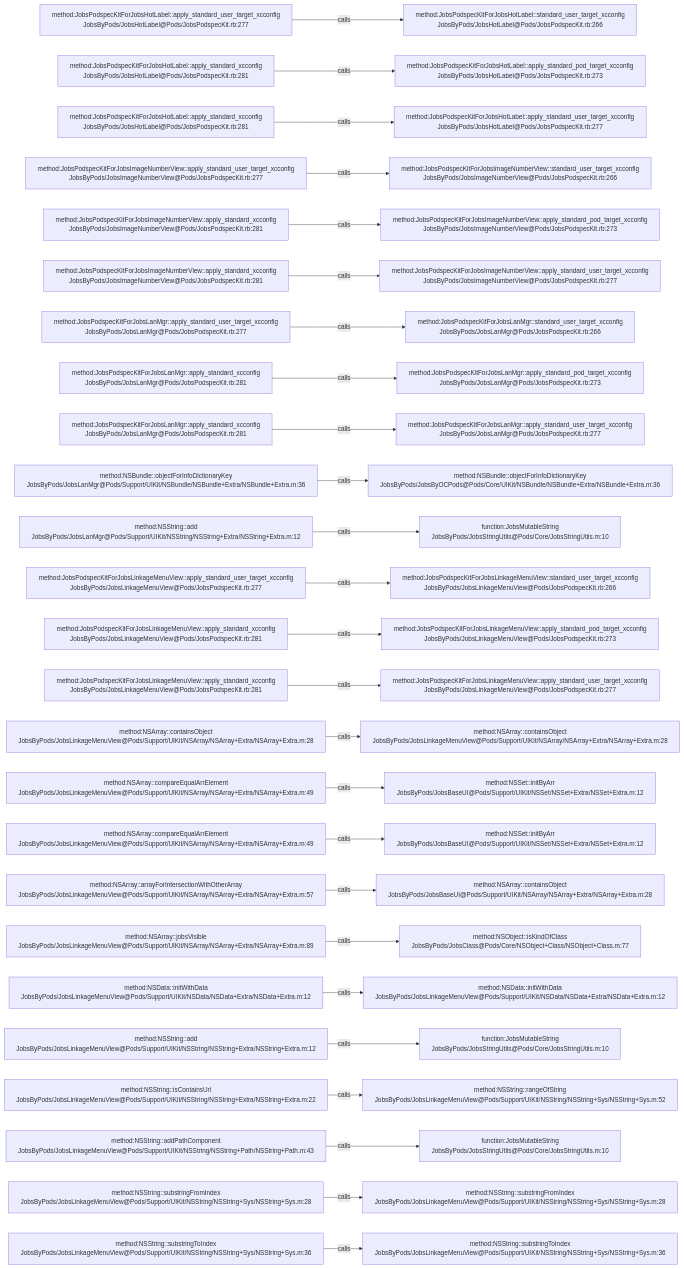
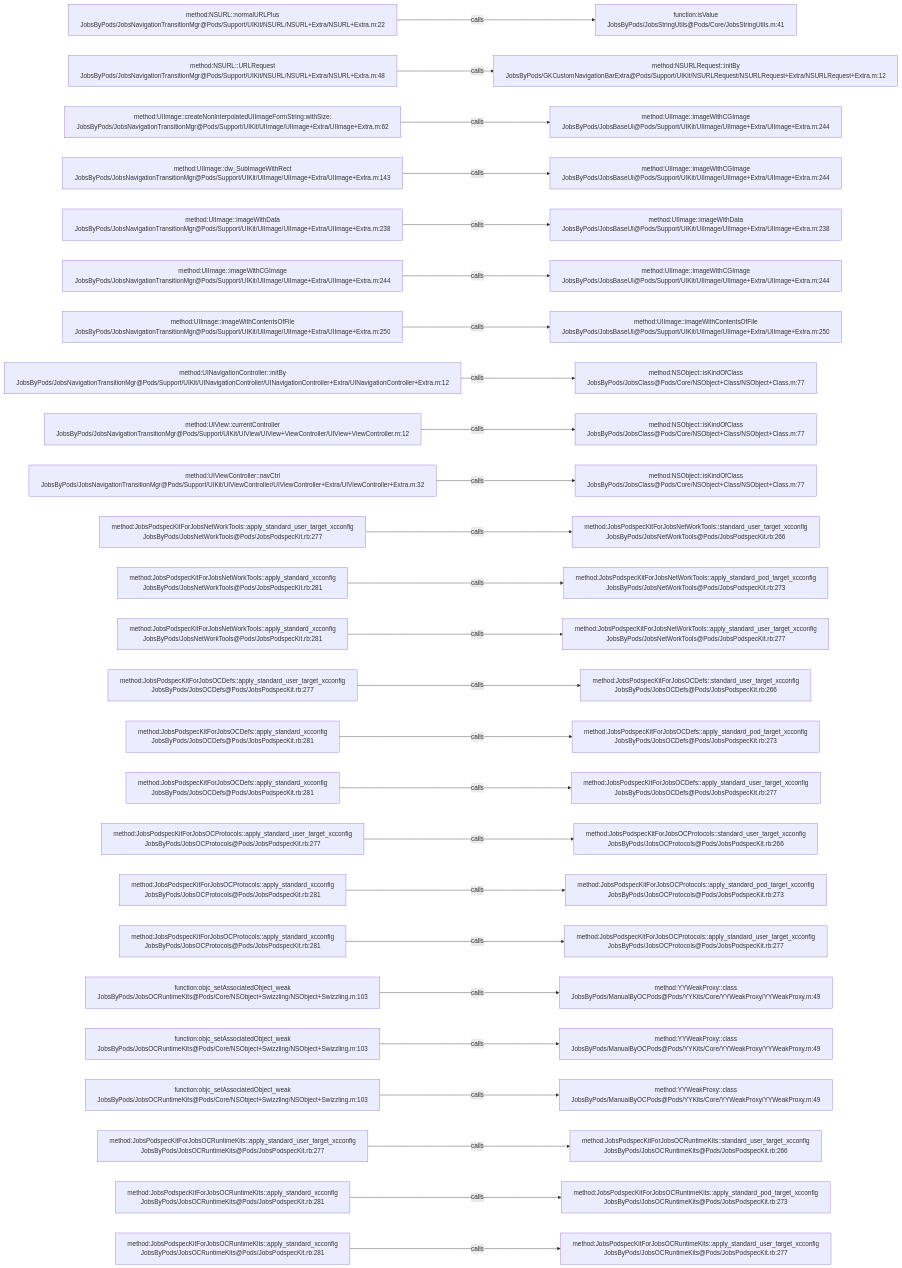
The diagram in .codegraph/codegraph.md/graphs/calls-013.md (JobsKits/JobsOCBaseConfigDemo), drawn with Mermaid before and after one commit. The commit also changed 1223 other files, not shown here.

````diff
--- a/.codegraph/codegraph.md/graphs/calls-013.md
+++ b/.codegraph/codegraph.md/graphs/calls-013.md
@@ -13,78 +13,78 @@
 ```mermaid
 flowchart LR
-  S1["method:JobsPodspecKitForJobsHotLabel::apply_standard_user_target_xcconfig<br/>JobsByPods/JobsHotLabel@Pods/JobsPodspecKit.rb:277"]
-  T1["method:JobsPodspecKitForJobsHotLabel::standard_user_target_xcconfig<br/>JobsByPods/JobsHotLabel@Pods/JobsPodspecKit.rb:266"]
+  S1["method:NSURL::normalURLPlus<br/>JobsByPods/JobsNavigationTransitionMgr@Pods/Support/UIKit/NSURL/NSURL+Extra/NSURL+Extra.m:22"]
+  T1["function:isValue<br/>JobsByPods/JobsStringUtils@Pods/Core/JobsStringUtils.m:41"]
   S1 -->|calls| T1
-  S2["method:JobsPodspecKitForJobsHotLabel::apply_standard_xcconfig<br/>JobsByPods/JobsHotLabel@Pods/JobsPodspecKit.rb:281"]
-  T2["method:JobsPodspecKitForJobsHotLabel::apply_standard_pod_target_xcconfig<br/>JobsByPods/JobsHotLabel@Pods/JobsPodspecKit.rb:273"]
+  S2["method:NSURL::URLRequest<br/>JobsByPods/JobsNavigationTransitionMgr@Pods/Support/UIKit/NSURL/NSURL+Extra/NSURL+Extra.m:48"]
+  T2["method:NSURLRequest::initBy<br/>JobsByPods/GKCustomNavigationBarExtra@Pods/Support/UIKit/NSURLRequest/NSURLRequest+Extra/NSURLRequest+Extra.m:12"]
   S2 -->|calls| T2
-  S3["method:JobsPodspecKitForJobsHotLabel::apply_standard_xcconfig<br/>JobsByPods/JobsHotLabel@Pods/JobsPodspecKit.rb:281"]
-  T3["method:JobsPodspecKitForJobsHotLabel::apply_standard_user_target_xcconfig<br/>JobsByPods/JobsHotLabel@Pods/JobsPodspecKit.rb:277"]
+  S3["method:UIImage::createNonInterpolatedUIImageFormString:withSize:<br/>JobsByPods/JobsNavigationTransitionMgr@Pods/Support/UIKit/UIImage/UIImage+Extra/UIImage+Extra.m:62"]
+  T3["method:UIImage::imageWithCGImage<br/>JobsByPods/JobsBaseUI@Pods/Support/UIKit/UIImage/UIImage+Extra/UIImage+Extra.m:244"]
   S3 -->|calls| T3
-  S4["method:JobsPodspecKitForJobsImageNumberView::apply_standard_user_target_xcconfig<br/>JobsByPods/JobsImageNumberView@Pods/JobsPodspecKit.rb:277"]
-  T4["method:JobsPodspecKitForJobsImageNumberView::standard_user_target_xcconfig<br/>JobsByPods/JobsImageNumberView@Pods/JobsPodspecKit.rb:266"]
+  S4["method:UIImage::dw_SubImageWithRect<br/>JobsByPods/JobsNavigationTransitionMgr@Pods/Support/UIKit/UIImage/UIImage+Extra/UIImage+Extra.m:143"]
+  T4["method:UIImage::imageWithCGImage<br/>JobsByPods/JobsBaseUI@Pods/Support/UIKit/UIImage/UIImage+Extra/UIImage+Extra.m:244"]
   S4 -->|calls| T4
-  S5["method:JobsPodspecKitForJobsImageNumberView::apply_standard_xcconfig<br/>JobsByPods/JobsImageNumberView@Pods/JobsPodspecKit.rb:281"]
-  T5["method:JobsPodspecKitForJobsImageNumberView::apply_standard_pod_target_xcconfig<br/>JobsByPods/JobsImageNumberView@Pods/JobsPodspecKit.rb:273"]
+  S5["method:UIImage::imageWithData<br/>JobsByPods/JobsNavigationTransitionMgr@Pods/Support/UIKit/UIImage/UIImage+Extra/UIImage+Extra.m:238"]
+  T5["method:UIImage::imageWithData<br/>JobsByPods/JobsBaseUI@Pods/Support/UIKit/UIImage/UIImage+Extra/UIImage+Extra.m:238"]
   S5 -->|calls| T5
-  S6["method:JobsPodspecKitForJobsImageNumberView::apply_standard_xcconfig<br/>JobsByPods/JobsImageNumberView@Pods/JobsPodspecKit.rb:281"]
-  T6["method:JobsPodspecKitForJobsImageNumberView::apply_standard_user_target_xcconfig<br/>JobsByPods/JobsImageNumberView@Pods/JobsPodspecKit.rb:277"]
+  S6["method:UIImage::imageWithCGImage<br/>JobsByPods/JobsNavigationTransitionMgr@Pods/Support/UIKit/UIImage/UIImage+Extra/UIImage+Extra.m:244"]
+  T6["method:UIImage::imageWithCGImage<br/>JobsByPods/JobsBaseUI@Pods/Support/UIKit/UIImage/UIImage+Extra/UIImage+Extra.m:244"]
   S6 -->|calls| T6
-  S7["method:JobsPodspecKitForJobsLanMgr::apply_standard_user_target_xcconfig<br/>JobsByPods/JobsLanMgr@Pods/JobsPodspecKit.rb:277"]
-  T7["method:JobsPodspecKitForJobsLanMgr::standard_user_target_xcconfig<br/>JobsByPods/JobsLanMgr@Pods/JobsPodspecKit.rb:266"]
+  S7["method:UIImage::imageWithContentsOfFile<br/>JobsByPods/JobsNavigationTransitionMgr@Pods/Support/UIKit/UIImage/UIImage+Extra/UIImage+Extra.m:250"]
+  T7["method:UIImage::imageWithContentsOfFile<br/>JobsByPods/JobsBaseUI@Pods/Support/UIKit/UIImage/UIImage+Extra/UIImage+Extra.m:250"]
   S7 -->|calls| T7
-  S8["method:JobsPodspecKitForJobsLanMgr::apply_standard_xcconfig<br/>JobsByPods/JobsLanMgr@Pods/JobsPodspecKit.rb:281"]
-  T8["method:JobsPodspecKitForJobsLanMgr::apply_standard_pod_target_xcconfig<br/>JobsByPods/JobsLanMgr@Pods/JobsPodspecKit.rb:273"]
+  S8["method:UINavigationController::initBy<br/>JobsByPods/JobsNavigationTransitionMgr@Pods/Support/UIKit/UINavigationController/UINavigationController+Extra/UINavigationController+Extra.m:12"]
+  T8["method:NSObject::isKindOfClass<br/>JobsByPods/JobsClass@Pods/Core/NSObject+Class/NSObject+Class.m:77"]
   S8 -->|calls| T8
-  S9["method:JobsPodspecKitForJobsLanMgr::apply_standard_xcconfig<br/>JobsByPods/JobsLanMgr@Pods/JobsPodspecKit.rb:281"]
-  T9["method:JobsPodspecKitForJobsLanMgr::apply_standard_user_target_xcconfig<br/>JobsByPods/JobsLanMgr@Pods/JobsPodspecKit.rb:277"]
+  S9["method:UIView::currentController<br/>JobsByPods/JobsNavigationTransitionMgr@Pods/Support/UIKit/UIView/UIView+ViewController/UIView+ViewController.m:12"]
+  T9["method:NSObject::isKindOfClass<br/>JobsByPods/JobsClass@Pods/Core/NSObject+Class/NSObject+Class.m:77"]
   S9 -->|calls| T9
-  S10["method:NSBundle::objectForInfoDictionaryKey<br/>JobsByPods/JobsLanMgr@Pods/Support/UIKit/NSBundle/NSBundle+Extra/NSBundle+Extra.m:36"]
-  T10["method:NSBundle::objectForInfoDictionaryKey<br/>JobsByPods/JobsByOCPods@Pods/Core/UIKit/NSBundle/NSBundle+Extra/NSBundle+Extra.m:36"]
+  S10["method:UIViewController::navCtrl<br/>JobsByPods/JobsNavigationTransitionMgr@Pods/Support/UIKit/UIViewController/UIViewController+Extra/UIViewController+Extra.m:32"]
+  T10["method:NSObject::isKindOfClass<br/>JobsByPods/JobsClass@Pods/Core/NSObject+Class/NSObject+Class.m:77"]
   S10 -->|calls| T10
-  S11["method:NSString::add<br/>JobsByPods/JobsLanMgr@Pods/Support/UIKit/NSString/NSString+Extra/NSString+Extra.m:12"]
-  T11["function:JobsMutableString<br/>JobsByPods/JobsStringUtils@Pods/Core/JobsStringUtils.m:10"]
+  S11["method:JobsPodspecKitForJobsNetWorkTools::apply_standard_user_target_xcconfig<br/>JobsByPods/JobsNetWorkTools@Pods/JobsPodspecKit.rb:277"]
+  T11["method:JobsPodspecKitForJobsNetWorkTools::standard_user_target_xcconfig<br/>JobsByPods/JobsNetWorkTools@Pods/JobsPodspecKit.rb:266"]
   S11 -->|calls| T11
-  S12["method:JobsPodspecKitForJobsLinkageMenuView::apply_standard_user_target_xcconfig<br/>JobsByPods/JobsLinkageMenuView@Pods/JobsPodspecKit.rb:277"]
-  T12["method:JobsPodspecKitForJobsLinkageMenuView::standard_user_target_xcconfig<br/>JobsByPods/JobsLinkageMenuView@Pods/JobsPodspecKit.rb:266"]
+  S12["method:JobsPodspecKitForJobsNetWorkTools::apply_standard_xcconfig<br/>JobsByPods/JobsNetWorkTools@Pods/JobsPodspecKit.rb:281"]
+  T12["method:JobsPodspecKitForJobsNetWorkTools::apply_standard_pod_target_xcconfig<br/>JobsByPods/JobsNetWorkTools@Pods/JobsPodspecKit.rb:273"]
   S12 -->|calls| T12
-  S13["method:JobsPodspecKitForJobsLinkageMenuView::apply_standard_xcconfig<br/>JobsByPods/JobsLinkageMenuView@Pods/JobsPodspecKit.rb:281"]
-  T13["method:JobsPodspecKitForJobsLinkageMenuView::apply_standard_pod_target_xcconfig<br/>JobsByPods/JobsLinkageMenuView@Pods/JobsPodspecKit.rb:273"]
+  S13["method:JobsPodspecKitForJobsNetWorkTools::apply_standard_xcconfig<br/>JobsByPods/JobsNetWorkTools@Pods/JobsPodspecKit.rb:281"]
+  T13["method:JobsPodspecKitForJobsNetWorkTools::apply_standard_user_target_xcconfig<br/>JobsByPods/JobsNetWorkTools@Pods/JobsPodspecKit.rb:277"]
   S13 -->|calls| T13
-  S14["method:JobsPodspecKitForJobsLinkageMenuView::apply_standard_xcconfig<br/>JobsByPods/JobsLinkageMenuView@Pods/JobsPodspecKit.rb:281"]
-  T14["method:JobsPodspecKitForJobsLinkageMenuView::apply_standard_user_target_xcconfig<br/>JobsByPods/JobsLinkageMenuView@Pods/JobsPodspecKit.rb:277"]
+  S14["method:JobsPodspecKitForJobsOCDefs::apply_standard_user_target_xcconfig<br/>JobsByPods/JobsOCDefs@Pods/JobsPodspecKit.rb:277"]
+  T14["method:JobsPodspecKitForJobsOCDefs::standard_user_target_xcconfig<br/>JobsByPods/JobsOCDefs@Pods/JobsPodspecKit.rb:266"]
   S14 -->|calls| T14
-  S15["method:NSArray::containsObject<br/>JobsByPods/JobsLinkageMenuView@Pods/Support/UIKit/NSArray/NSArray+Extra/NSArray+Extra.m:28"]
-  T15["method:NSArray::containsObject<br/>JobsByPods/JobsLinkageMenuView@Pods/Support/UIKit/NSArray/NSArray+Extra/NSArray+Extra.m:28"]
+  S15["method:JobsPodspecKitForJobsOCDefs::apply_standard_xcconfig<br/>JobsByPods/JobsOCDefs@Pods/JobsPodspecKit.rb:281"]
+  T15["method:JobsPodspecKitForJobsOCDefs::apply_standard_pod_target_xcconfig<br/>JobsByPods/JobsOCDefs@Pods/JobsPodspecKit.rb:273"]
   S15 -->|calls| T15
-  S16["method:NSArray::compareEqualArrElement<br/>JobsByPods/JobsLinkageMenuView@Pods/Support/UIKit/NSArray/NSArray+Extra/NSArray+Extra.m:49"]
-  T16["method:NSSet::initByArr<br/>JobsByPods/JobsBaseUI@Pods/Support/UIKit/NSSet/NSSet+Extra/NSSet+Extra.m:12"]
+  S16["method:JobsPodspecKitForJobsOCDefs::apply_standard_xcconfig<br/>JobsByPods/JobsOCDefs@Pods/JobsPodspecKit.rb:281"]
+  T16["method:JobsPodspecKitForJobsOCDefs::apply_standard_user_target_xcconfig<br/>JobsByPods/JobsOCDefs@Pods/JobsPodspecKit.rb:277"]
   S16 -->|calls| T16
-  S17["method:NSArray::compareEqualArrElement<br/>JobsByPods/JobsLinkageMenuView@Pods/Support/UIKit/NSArray/NSArray+Extra/NSArray+Extra.m:49"]
-  T17["method:NSSet::initByArr<br/>JobsByPods/JobsBaseUI@Pods/Support/UIKit/NSSet/NSSet+Extra/NSSet+Extra.m:12"]
+  S17["method:JobsPodspecKitForJobsOCProtocols::apply_standard_user_target_xcconfig<br/>JobsByPods/JobsOCProtocols@Pods/JobsPodspecKit.rb:277"]
+  T17["method:JobsPodspecKitForJobsOCProtocols::standard_user_target_xcconfig<br/>JobsByPods/JobsOCProtocols@Pods/JobsPodspecKit.rb:266"]
   S17 -->|calls| T17
-  S18["method:NSArray::arrayForIntersectionWithOtherArray<br/>JobsByPods/JobsLinkageMenuView@Pods/Support/UIKit/NSArray/NSArray+Extra/NSArray+Extra.m:57"]
-  T18["method:NSArray::containsObject<br/>JobsByPods/JobsBaseUI@Pods/Support/UIKit/NSArray/NSArray+Extra/NSArray+Extra.m:28"]
+  S18["method:JobsPodspecKitForJobsOCProtocols::apply_standard_xcconfig<br/>JobsByPods/JobsOCProtocols@Pods/JobsPodspecKit.rb:281"]
+  T18["method:JobsPodspecKitForJobsOCProtocols::apply_standard_pod_target_xcconfig<br/>JobsByPods/JobsOCProtocols@Pods/JobsPodspecKit.rb:273"]
   S18 -->|calls| T18
-  S19["method:NSArray::jobsVisible<br/>JobsByPods/JobsLinkageMenuView@Pods/Support/UIKit/NSArray/NSArray+Extra/NSArray+Extra.m:89"]
-  T19["method:NSObject::isKindOfClass<br/>JobsByPods/JobsClass@Pods/Core/NSObject+Class/NSObject+Class.m:77"]
+  S19["method:JobsPodspecKitForJobsOCProtocols::apply_standard_xcconfig<br/>JobsByPods/JobsOCProtocols@Pods/JobsPodspecKit.rb:281"]
+  T19["method:JobsPodspecKitForJobsOCProtocols::apply_standard_user_target_xcconfig<br/>JobsByPods/JobsOCProtocols@Pods/JobsPodspecKit.rb:277"]
   S19 -->|calls| T19
-  S20["method:NSData::initWithData<br/>JobsByPods/JobsLinkageMenuView@Pods/Support/UIKit/NSData/NSData+Extra/NSData+Extra.m:12"]
-  T20["method:NSData::initWithData<br/>JobsByPods/JobsLinkageMenuView@Pods/Support/UIKit/NSData/NSData+Extra/NSData+Extra.m:12"]
+  S20["function:objc_setAssociatedObject_weak<br/>JobsByPods/JobsOCRuntimeKits@Pods/Core/NSObject+Swizzling/NSObject+Swizzling.m:103"]
+  T20["method:YYWeakProxy::class<br/>JobsByPods/ManualByOCPods@Pods/YYKits/Core/YYWeakProxy/YYWeakProxy.m:49"]
   S20 -->|calls| T20
-  S21["method:NSString::add<br/>JobsByPods/JobsLinkageMenuView@Pods/Support/UIKit/NSString/NSString+Extra/NSString+Extra.m:12"]
-  T21["function:JobsMutableString<br/>JobsByPods/JobsStringUtils@Pods/Core/JobsStringUtils.m:10"]
+  S21["function:objc_setAssociatedObject_weak<br/>JobsByPods/JobsOCRuntimeKits@Pods/Core/NSObject+Swizzling/NSObject+Swizzling.m:103"]
+  T21["method:YYWeakProxy::class<br/>JobsByPods/ManualByOCPods@Pods/YYKits/Core/YYWeakProxy/YYWeakProxy.m:49"]
   S21 -->|calls| T21
-  S22["method:NSString::isContainsUrl<br/>JobsByPods/JobsLinkageMenuView@Pods/Support/UIKit/NSString/NSString+Extra/NSString+Extra.m:22"]
-  T22["method:NSString::rangeOfString<br/>JobsByPods/JobsLinkageMenuView@Pods/Support/UIKit/NSString/NSString+Sys/NSString+Sys.m:52"]
+  S22["function:objc_setAssociatedObject_weak<br/>JobsByPods/JobsOCRuntimeKits@Pods/Core/NSObject+Swizzling/NSObject+Swizzling.m:103"]
+  T22["method:YYWeakProxy::class<br/>JobsByPods/ManualByOCPods@Pods/YYKits/Core/YYWeakProxy/YYWeakProxy.m:49"]
   S22 -->|calls| T22
-  S23["method:NSString::addPathComponent<br/>JobsByPods/JobsLinkageMenuView@Pods/Support/UIKit/NSString/NSString+Path/NSString+Path.m:43"]
-  T23["function:JobsMutableString<br/>JobsByPods/JobsStringUtils@Pods/Core/JobsStringUtils.m:10"]
+  S23["method:JobsPodspecKitForJobsOCRuntimeKits::apply_standard_user_target_xcconfig<br/>JobsByPods/JobsOCRuntimeKits@Pods/JobsPodspecKit.rb:277"]
+  T23["method:JobsPodspecKitForJobsOCRuntimeKits::standard_user_target_xcconfig<br/>JobsByPods/JobsOCRuntimeKits@Pods/JobsPodspecKit.rb:266"]
   S23 -->|calls| T23
-  S24["method:NSString::substringFromIndex<br/>JobsByPods/JobsLinkageMenuView@Pods/Support/UIKit/NSString/NSString+Sys/NSString+Sys.m:28"]
-  T24["method:NSString::substringFromIndex<br/>JobsByPods/JobsLinkageMenuView@Pods/Support/UIKit/NSString/NSString+Sys/NSString+Sys.m:28"]
+  S24["method:JobsPodspecKitForJobsOCRuntimeKits::apply_standard_xcconfig<br/>JobsByPods/JobsOCRuntimeKits@Pods/JobsPodspecKit.rb:281"]
+  T24["method:JobsPodspecKitForJobsOCRuntimeKits::apply_standard_pod_target_xcconfig<br/>JobsByPods/JobsOCRuntimeKits@Pods/JobsPodspecKit.rb:273"]
   S24 -->|calls| T24
-  S25["method:NSString::substringToIndex<br/>JobsByPods/JobsLinkageMenuView@Pods/Support/UIKit/NSString/NSString+Sys/NSString+Sys.m:36"]
-  T25["method:NSString::substringToIndex<br/>JobsByPods/JobsLinkageMenuView@Pods/Support/UIKit/NSString/NSString+Sys/NSString+Sys.m:36"]
+  S25["method:JobsPodspecKitForJobsOCRuntimeKits::apply_standard_xcconfig<br/>JobsByPods/JobsOCRuntimeKits@Pods/JobsPodspecKit.rb:281"]
+  T25["method:JobsPodspecKitForJobsOCRuntimeKits::apply_standard_user_target_xcconfig<br/>JobsByPods/JobsOCRuntimeKits@Pods/JobsPodspecKit.rb:277"]
   S25 -->|calls| T25
 ```
````
